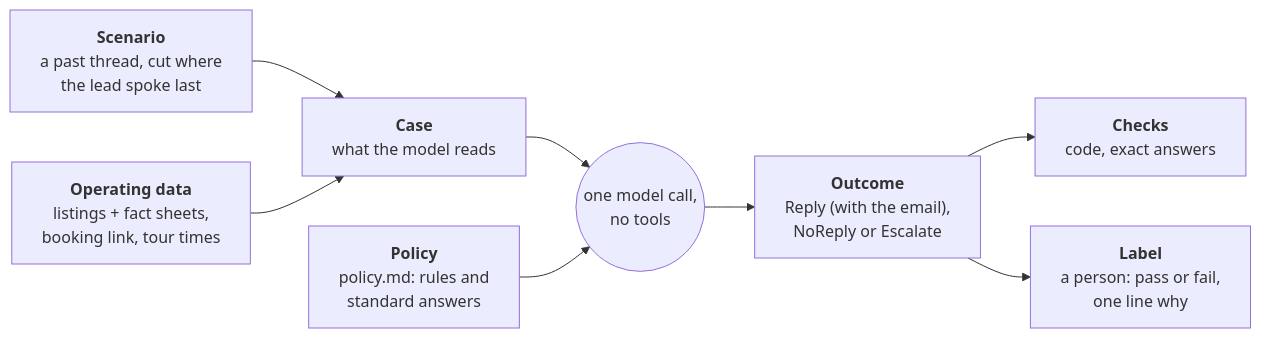
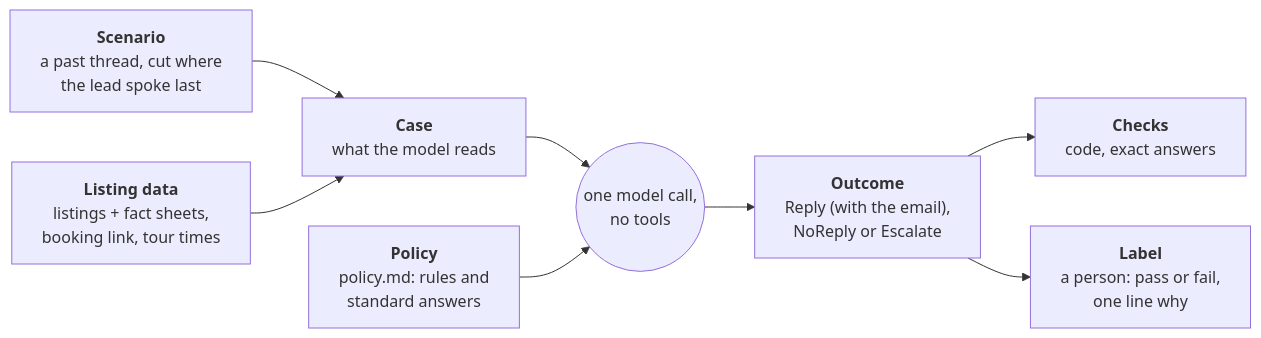
The first of 3 diagrams in api/src/sernia_ai/zillow_leads/README.md (EmilioEsposito/portfolio), drawn with Mermaid before and after one commit. The commit also changed other lines of this file and 15 other files, not shown here.

First line of the commit message:
Rename OperatingData to ListingData in the Zillow lead agent (#373)

````diff
--- a/api/src/sernia_ai/zillow_leads/README.md
+++ b/api/src/sernia_ai/zillow_leads/README.md
@@ -49,17 +49,17 @@
 ```mermaid
 flowchart LR
     S["<b>Scenario</b><br/>a past thread, cut where<br/>the lead spoke last"]
-    O["<b>Operating data</b><br/>listings + fact sheets,<br/>booking link, tour times"]
+    O["<b>Listing data</b><br/>listings + fact sheets,<br/>booking link, tour times"]
     C["<b>Case</b><br/>what the model reads"]
     P["<b>Policy</b><br/>policy.md: rules and<br/>standard answers"]
     D["<b>Outcome</b><br/>Reply (with the email),<br/>NoReply or Escalate"]
     K["<b>Checks</b><br/>code, exact answers"]
     L["<b>Label</b><br/>a person: pass or fail,<br/>one line why"]
     S --> C
     O --> C
     C --> M(("one model call,<br/>no tools"))
     P --> M
     M --> D
     D --> K
     D --> L
 ```
````
